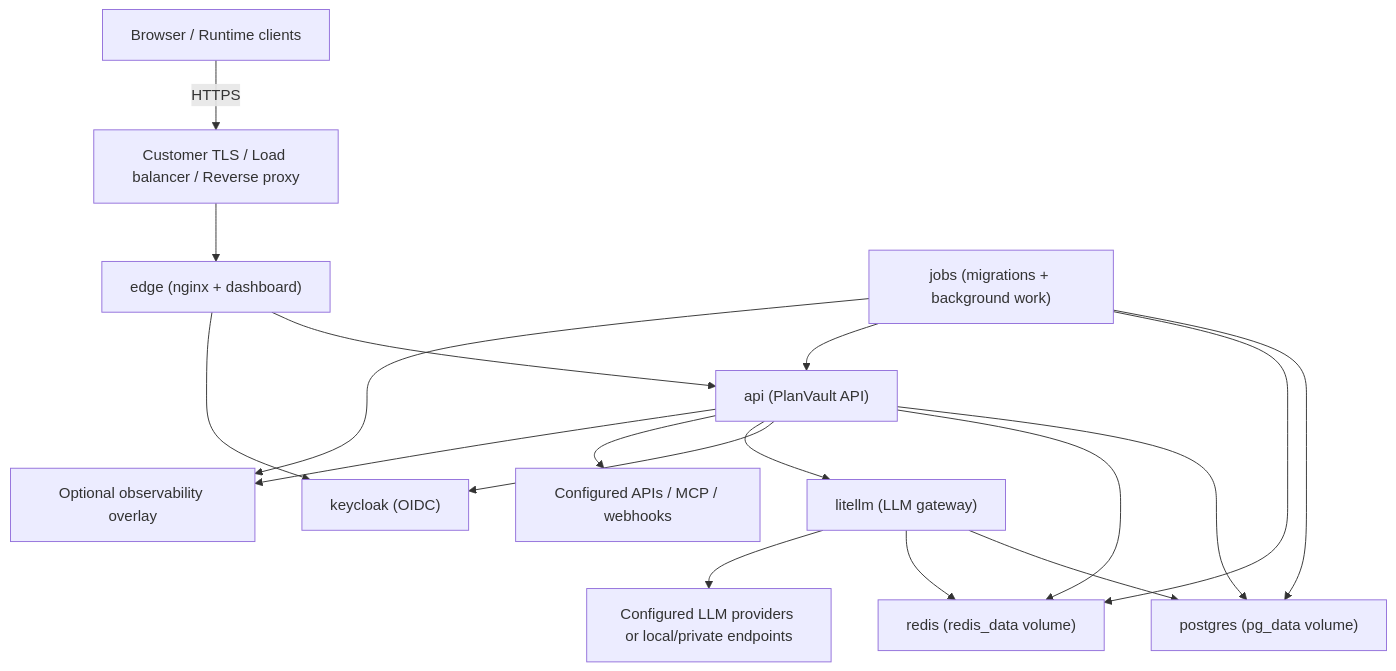
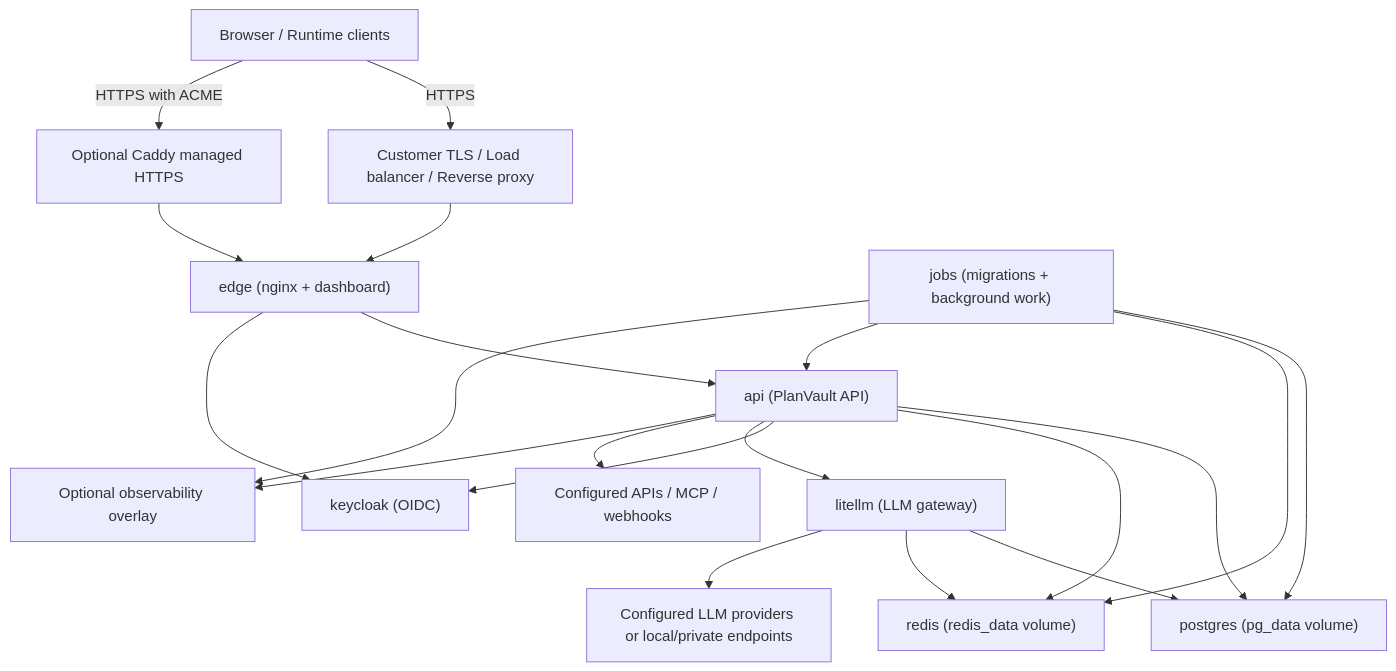
One commit to PlanVault/self-hosted changed the diagram in docs/production-topology.md. Above: the diagram before and after it, drawn with Mermaid. The commit also changed other lines of this file and 18 other files, not shown here.

````diff
--- a/docs/production-topology.md
+++ b/docs/production-topology.md
@@ -11,33 +11,36 @@
 ```mermaid
 flowchart TD
   browser["Browser / Runtime clients"]
   ingress["Customer TLS / Load balancer / Reverse proxy"]
+  caddy["Optional Caddy managed HTTPS"]
   edge["edge (nginx + dashboard)"]
   api["api (PlanVault API)"]
   jobs["jobs (migrations + background work)"]
   keycloak["keycloak (OIDC)"]
   litellm["litellm (LLM gateway)"]
   postgres["postgres (pg_data volume)"]
   redis["redis (redis_data volume)"]
   observability["Optional observability overlay"]
   externalApis["Configured APIs / MCP / webhooks"]
   modelBackends["Configured LLM providers or local/private endpoints"]
 
   browser -->|"HTTPS"| ingress
   ingress --> edge
+  browser -->|"HTTPS with ACME"| caddy
+  caddy --> edge
   edge --> api
   edge --> keycloak
   api --> postgres
   api --> redis
   api --> keycloak
   api --> litellm
   jobs --> postgres
   jobs --> redis
   jobs --> api
   litellm --> postgres
   litellm --> redis
   litellm --> modelBackends
   api --> externalApis
   api --> observability
   jobs --> observability
 ```
````
